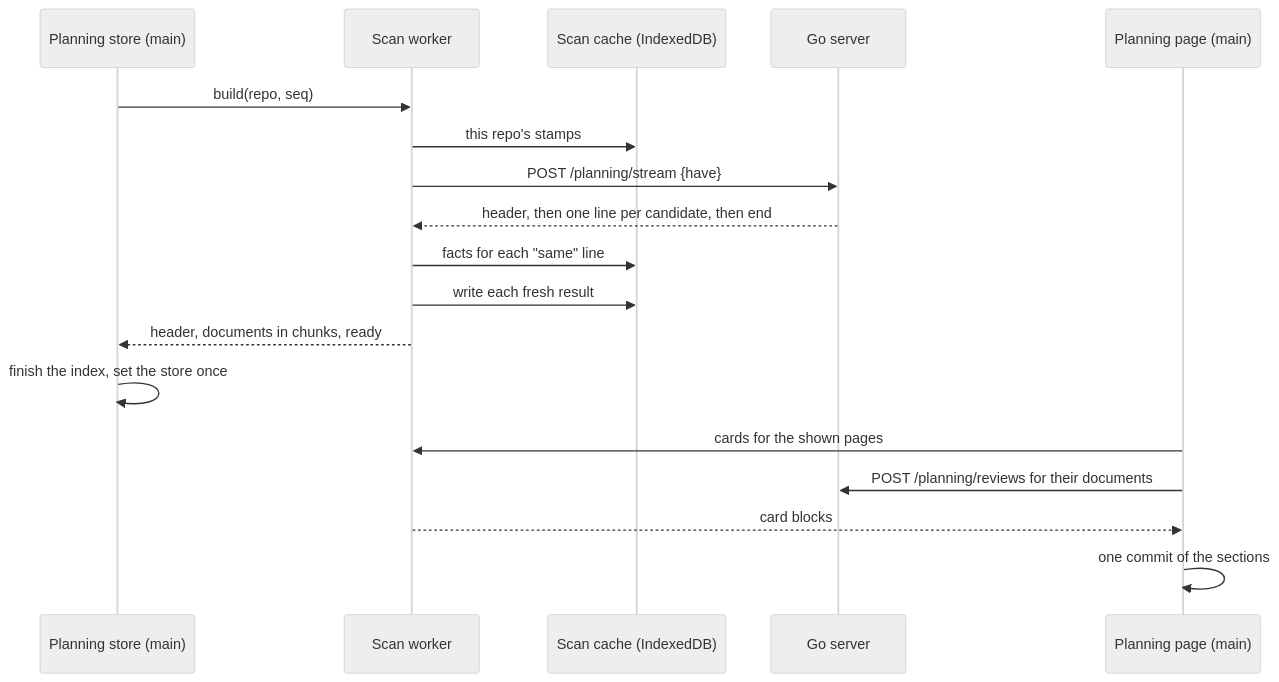
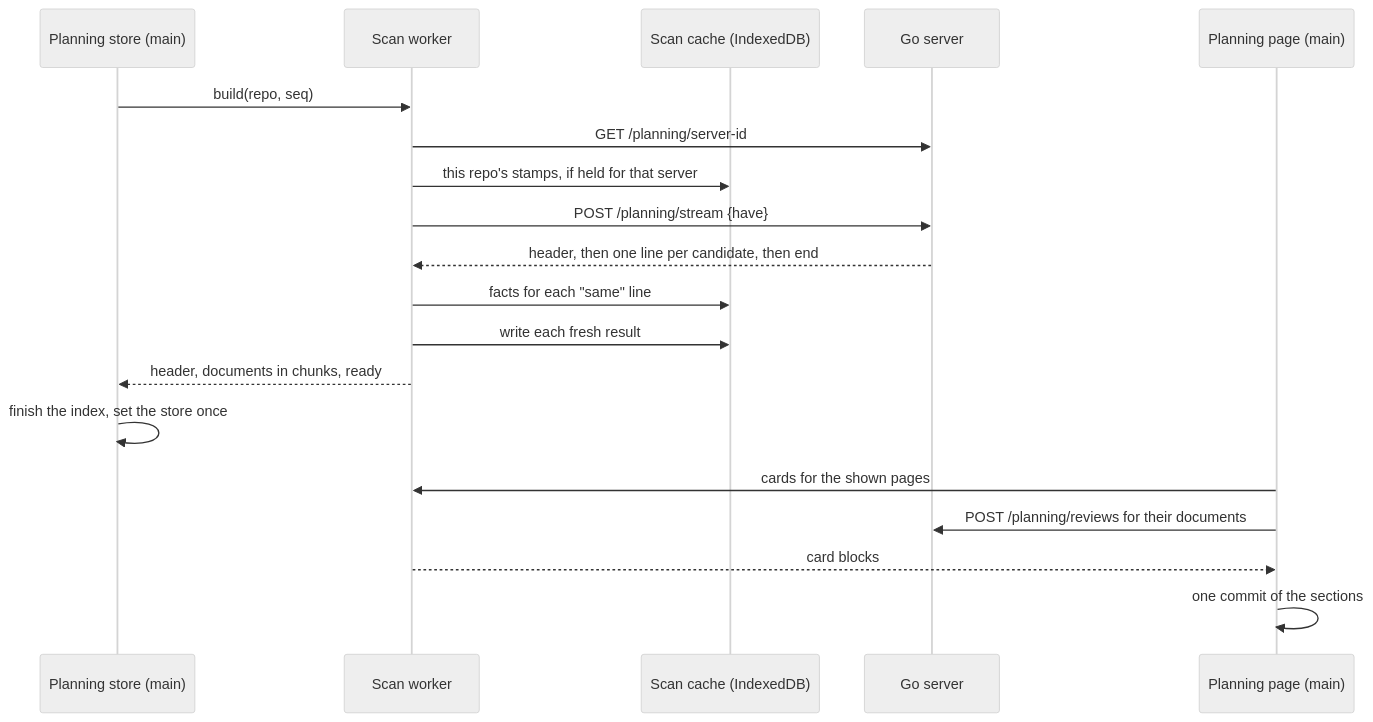
One commit to mschulkind-oss/vantage changed the diagram in docs/design/planning-index-at-scale.md. Above: the diagram before and after it, drawn with Mermaid (neutral theme). The commit also changed other lines of this file and 17 other files, not shown here.

First line of the commit message:
fix(planning): file the scan cache under the answering server, and check its owner on every request

````diff
--- a/docs/design/planning-index-at-scale.md
+++ b/docs/design/planning-index-at-scale.md
@@ -181,20 +182,21 @@
 ```mermaid
 sequenceDiagram
     participant S as Planning store (main)
     participant W as Scan worker
     participant C as Scan cache (IndexedDB)
     participant G as Go server
     participant P as Planning page (main)
     S->>W: build(repo, seq)
-    W->>C: this repo's stamps
+    W->>G: GET /planning/server-id
+    W->>C: this repo's stamps, if held for that server
     W->>G: POST /planning/stream {have}
     G-->>W: header, then one line per candidate, then end
     W->>C: facts for each "same" line
     W->>C: write each fresh result
     W-->>S: header, documents in chunks, ready
     S->>S: finish the index, set the store once
     P->>W: cards for the shown pages
     P->>G: POST /planning/reviews for their documents
     W-->>P: card blocks
     P->>P: one commit of the sections
 ```
````
